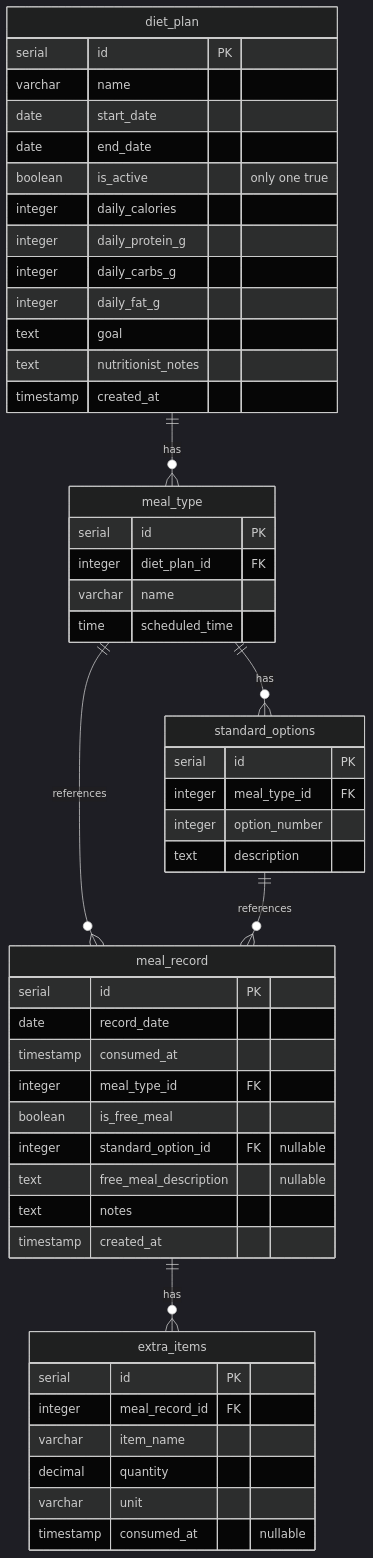
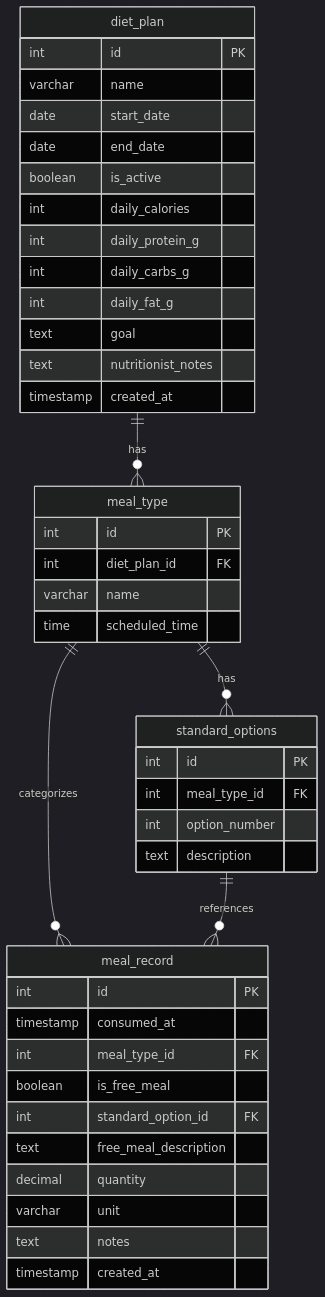
Before and after one commit to UnDer-7/sanjy-server: the diagram in docs/database.md, drawn with Mermaid (dark theme). The commit also changed 43 other files, not shown here.

````diff
--- a/docs/database.md
+++ b/docs/database.md
@@ -1,58 +1,49 @@
 ```mermaid
 erDiagram
     diet_plan ||--o{ meal_type : "has"
     meal_type ||--o{ standard_options : "has"
-    meal_type ||--o{ meal_record : "references"
+    meal_type ||--o{ meal_record : "categorizes"
     standard_options ||--o{ meal_record : "references"
-    meal_record ||--o{ extra_items : "has"
 
     diet_plan {
-        serial id PK
+        int id PK
         varchar name
         date start_date
         date end_date
-        boolean is_active "only one true"
-        integer daily_calories
-        integer daily_protein_g
-        integer daily_carbs_g
-        integer daily_fat_g
+        boolean is_active
+        int daily_calories
+        int daily_protein_g
+        int daily_carbs_g
+        int daily_fat_g
         text goal
         text nutritionist_notes
         timestamp created_at
     }
 
     meal_type {
-        serial id PK
-        integer diet_plan_id FK
+        int id PK
+        int diet_plan_id FK
         varchar name
         time scheduled_time
     }
 
     standard_options {
-        serial id PK
-        integer meal_type_id FK
-        integer option_number
+        int id PK
+        int meal_type_id FK
+        int option_number
         text description
     }
 
     meal_record {
-        serial id PK
-        date record_date
+        int id PK
         timestamp consumed_at
-        integer meal_type_id FK
+        int meal_type_id FK
         boolean is_free_meal
-        integer standard_option_id FK "nullable"
-        text free_meal_description "nullable"
+        int standard_option_id FK
+        text free_meal_description
+        decimal quantity
+        varchar unit
         text notes
         timestamp created_at
     }
-
-    extra_items {
-        serial id PK
-        integer meal_record_id FK
-        varchar item_name
-        decimal quantity
-        varchar unit
-        timestamp consumed_at "nullable"
-    }
 ```
````
